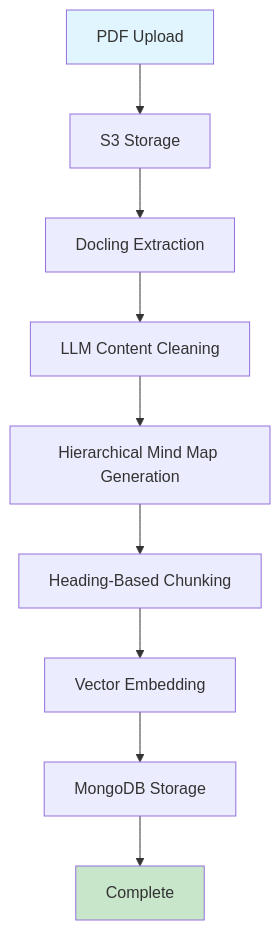
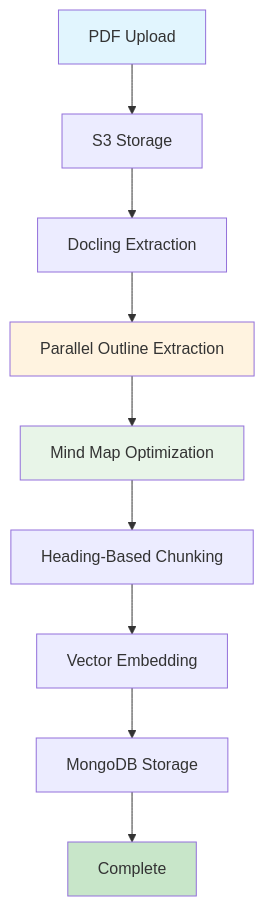
One commit to edu-rag/vizmind-ai changed diagram 11 of 12 in README.md. Above: the diagram before and after it, drawn with Mermaid. The commit also changed other lines of this file and 6 other files, not shown here.

Commit message:
feat: enhance document processing with parallel outline extraction and mind map optimization

````diff
--- a/README.md
+++ b/README.md
@@ -472,14 +482,16 @@
 ```mermaid
 graph TD
     A[PDF Upload] --> B[S3 Storage]
     B --> C[Docling Extraction]
-    C --> D[LLM Content Cleaning]
-    D --> E[Hierarchical Mind Map Generation]
+    C --> D[Parallel Outline Extraction]
+    D --> E[Mind Map Optimization]
     E --> F[Heading-Based Chunking]
     F --> G[Vector Embedding]
     G --> H[MongoDB Storage]
     H --> I[Complete]
     
     style A fill:#e1f5fe
+    style D fill:#fff3e0
+    style E fill:#e8f5e8
     style I fill:#c8e6c9
 ```
````
